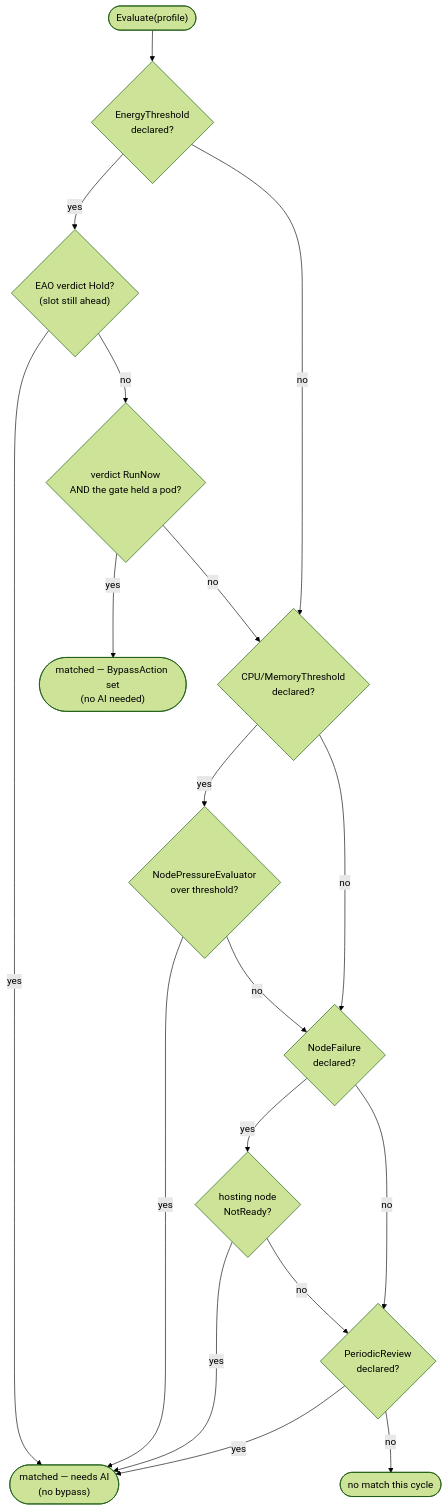
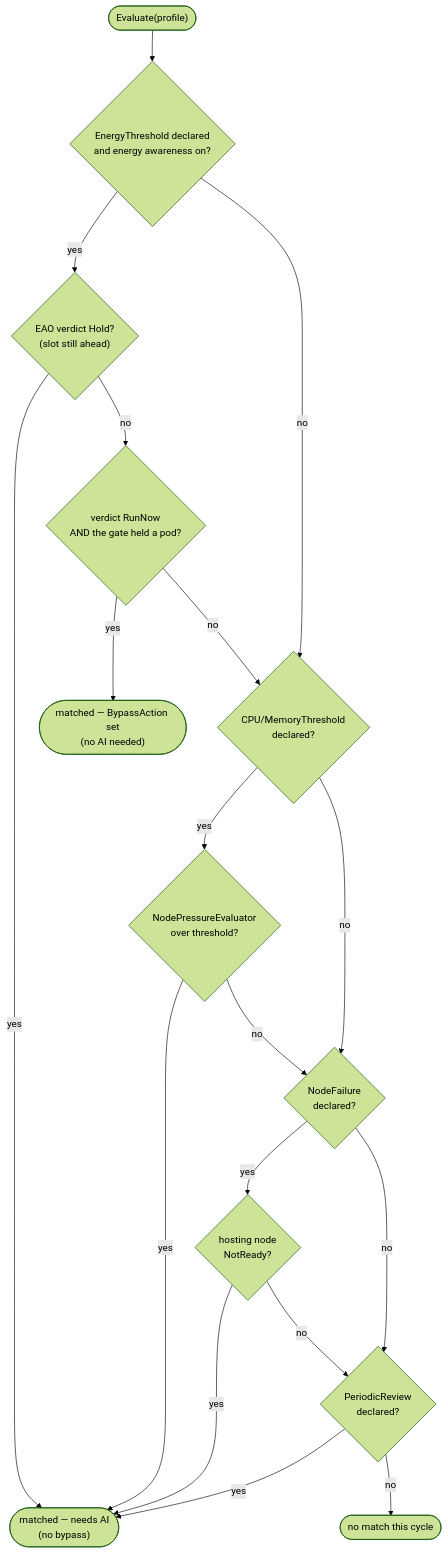
One commit to HIRO-MicroDataCenters-BV/hiro-adaptive-orchestrator changed the fifth of 35 diagrams in internal/rebalance/README.md. Above: the diagram before and after it, drawn with Mermaid (forest theme). The commit also changed other lines of this file and 7 other files, not shown here.

Commit message:
Skip the EnergyThreshold trigger when energy awareness is off, and use that in the demo for scenarios that don't test the gate

````diff
--- a/internal/rebalance/README.md
+++ b/internal/rebalance/README.md
@@ -205,20 +205,20 @@
 ```mermaid
 flowchart TD
-    Start(["Evaluate(profile)"]) --> C1{"EnergyThreshold<br/>declared?"}
+    Start(["Evaluate(profile)"]) --> C1{"EnergyThreshold declared<br/>and energy awareness on?"}
     C1 -- yes --> E1{"EAO verdict Hold?<br/>(slot still ahead)"}
     E1 -- yes --> Match(["matched — needs AI<br/>(no bypass)"])
     E1 -- no --> E2{"verdict RunNow<br/>AND the gate held a pod?"}
     E2 -- yes --> Bypass(["matched — BypassAction set<br/>(no AI needed)"])
     E2 -- no --> C2
     C1 -- no --> C2{"CPU/MemoryThreshold<br/>declared?"}
     C2 -- yes --> P{"NodePressureEvaluator<br/>over threshold?"}
     P -- yes --> Match
     P -- no --> C3
     C2 -- no --> C3{"NodeFailure<br/>declared?"}
     C3 -- yes --> N{"hosting node<br/>NotReady?"}
     N -- yes --> Match
     N -- no --> C4
     C3 -- no --> C4{"PeriodicReview<br/>declared?"}
     C4 -- yes --> Match
     C4 -- no --> None(["no match this cycle"])
 ```
````
